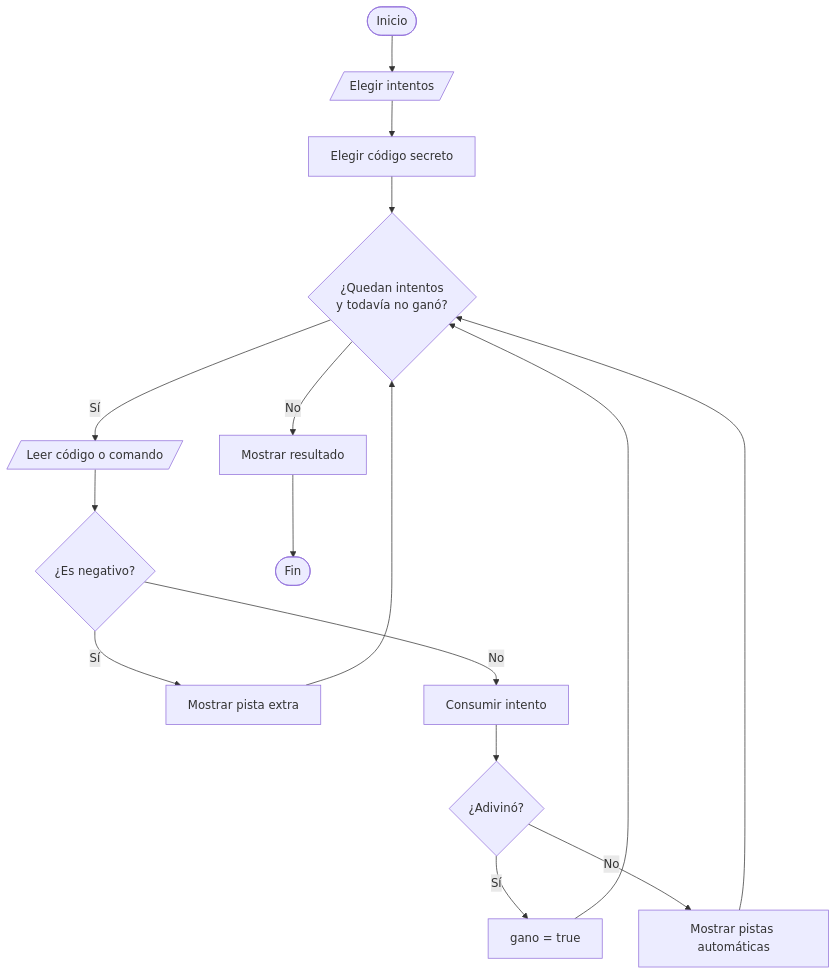
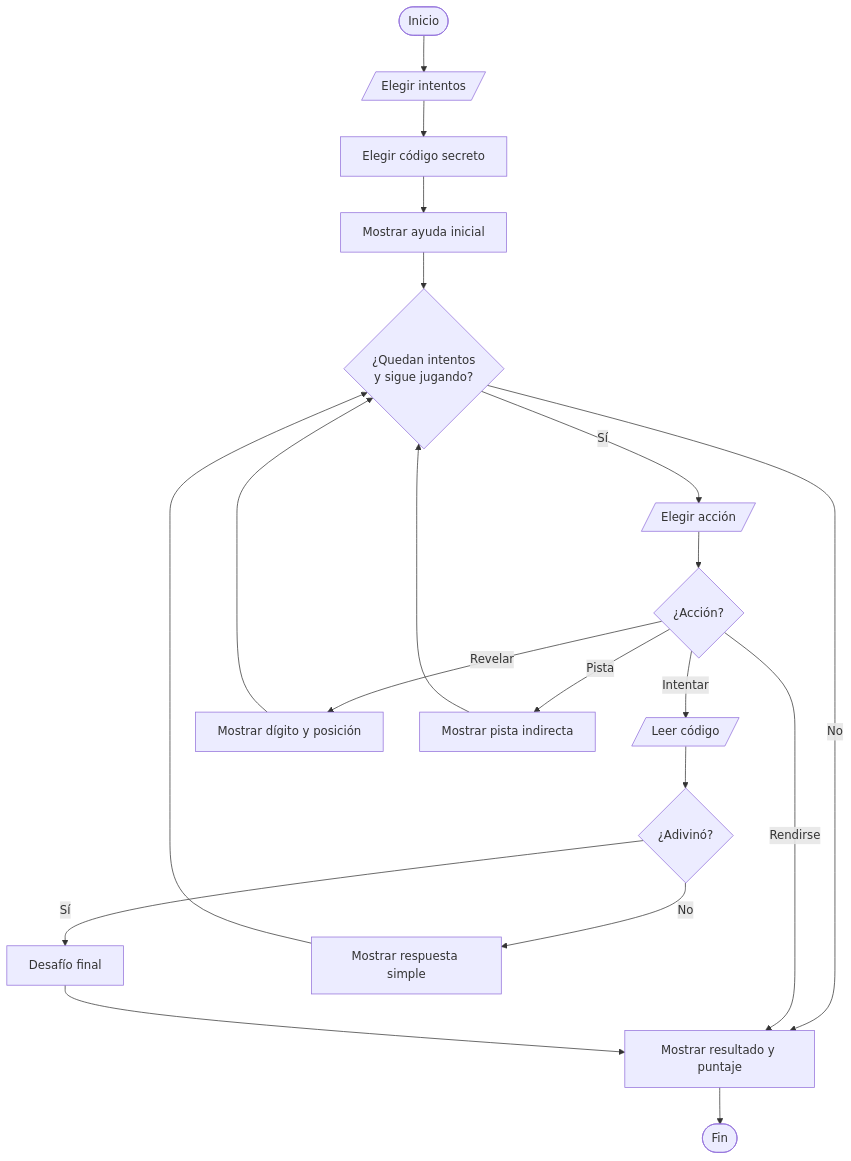
Before and after one commit to cesarszv/sis111-finalproject: the first of 2 diagrams in docs/pitch/06_diagramas_flujo.md, drawn with Mermaid. The commit also changed 18 other files, not shown here.

````diff
--- a/docs/pitch/06_diagramas_flujo.md
+++ b/docs/pitch/06_diagramas_flujo.md
@@ -5,18 +5,22 @@
 ```mermaid
 flowchart TD
     A([Inicio]) --> B[/Elegir intentos/]
     B --> C[Elegir código secreto]
-    C --> D{¿Quedan intentos<br/>y todavía no ganó?}
-    D -- No --> K[Mostrar resultado]
-    D -- Sí --> E[/Leer código o comando/]
-    E --> F{¿Es negativo?}
-    F -- Sí --> G[Mostrar pista extra]
-    G --> D
-    F -- No --> H[Consumir intento]
+    C --> D[Mostrar ayuda inicial]
+    D --> E{¿Quedan intentos<br/>y sigue jugando?}
+    E -- No --> M[Mostrar resultado y puntaje]
+    E -- Sí --> F[/Elegir acción/]
+    F --> G{¿Acción?}
+    G -- Intentar --> H[/Leer código/]
     H --> I{¿Adivinó?}
-    I -- Sí --> J[gano = true]
-    I -- No --> L[Mostrar pistas automáticas]
-    J --> D
-    L --> D
-    K --> M([Fin])
+    I -- Sí --> J[Desafío final]
+    I -- No --> K[Mostrar respuesta simple]
+    G -- Revelar --> L[Mostrar dígito y posición]
+    G -- Pista --> N[Mostrar pista indirecta]
+    G -- Rendirse --> M
+    J --> M
+    K --> E
+    L --> E
+    N --> E
+    M --> O([Fin])
 ```
````
